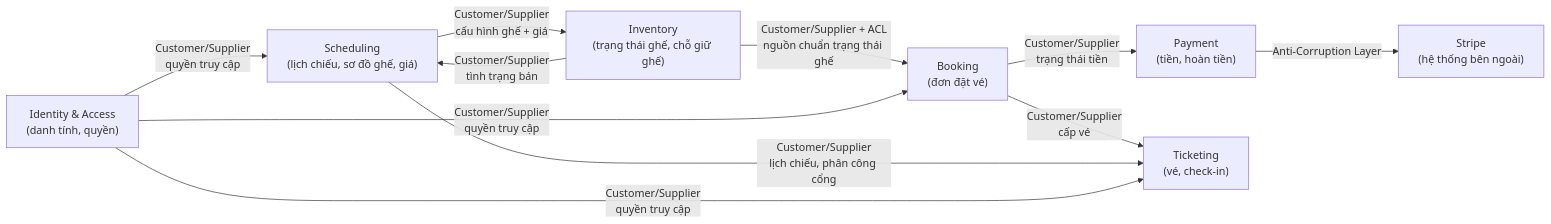
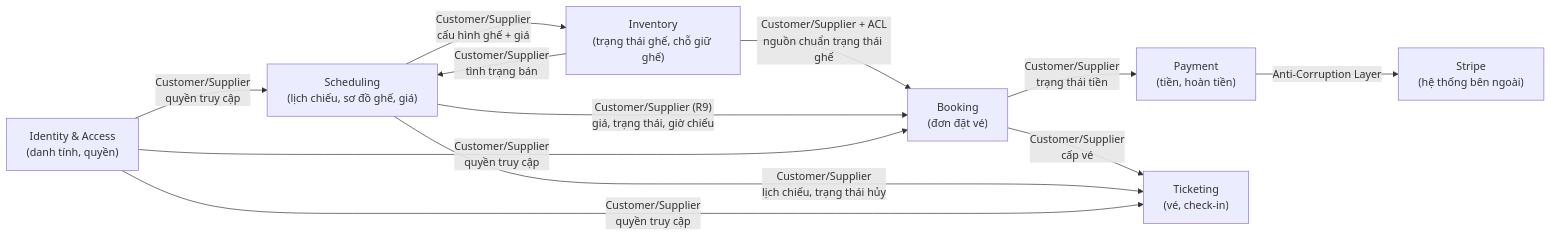
One commit to HoangDucHiep/advanced-ticket-system changed the diagram in docs/domain/context-map.md. Above: the diagram before and after it, drawn with Mermaid. The commit also changed other lines of this file and 25 other files, not shown here.

````diff
--- a/docs/domain/context-map.md
+++ b/docs/domain/context-map.md
@@ -65,21 +65,22 @@
 ```mermaid
 graph LR
     Identity["Identity & Access<br/>(danh tính, quyền)"]
     Scheduling["Scheduling<br/>(lịch chiếu, sơ đồ ghế, giá)"]
     Inventory["Inventory<br/>(trạng thái ghế, chỗ giữ ghế)"]
     Booking["Booking<br/>(đơn đặt vé)"]
     Payment["Payment<br/>(tiền, hoàn tiền)"]
     Ticketing["Ticketing<br/>(vé, check-in)"]
     Stripe["Stripe<br/>(hệ thống bên ngoài)"]
 
     Scheduling -->|"Customer/Supplier<br/>cấu hình ghế + giá"| Inventory
     Inventory -->|"Customer/Supplier<br/>tình trạng bán"| Scheduling
     Inventory -->|"Customer/Supplier + ACL<br/>nguồn chuẩn trạng thái ghế"| Booking
     Booking -->|"Customer/Supplier<br/>trạng thái tiền"| Payment
     Payment -->|"Anti-Corruption Layer"| Stripe
     Booking -->|"Customer/Supplier<br/>cấp vé"| Ticketing
-    Scheduling -->|"Customer/Supplier<br/>lịch chiếu, phân công cổng"| Ticketing
+    Scheduling -->|"Customer/Supplier<br/>lịch chiếu, trạng thái hủy"| Ticketing
+    Scheduling -->|"Customer/Supplier (R9)<br/>giá, trạng thái, giờ chiếu"| Booking
     Identity -->|"Customer/Supplier<br/>quyền truy cập"| Scheduling
     Identity -->|"Customer/Supplier<br/>quyền truy cập"| Booking
     Identity -->|"Customer/Supplier<br/>quyền truy cập"| Ticketing
 ```
````
